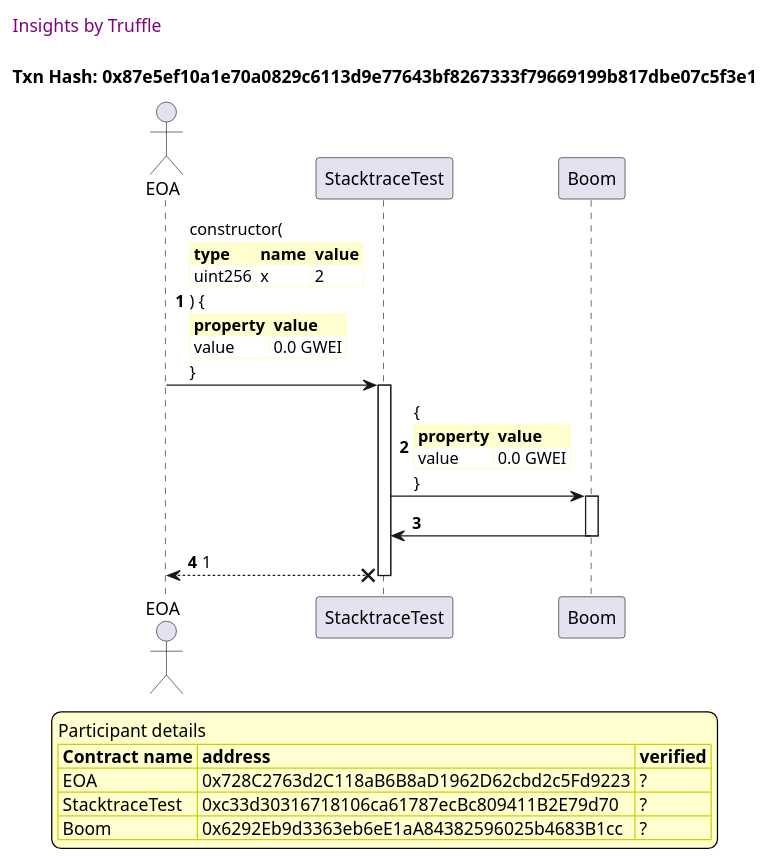
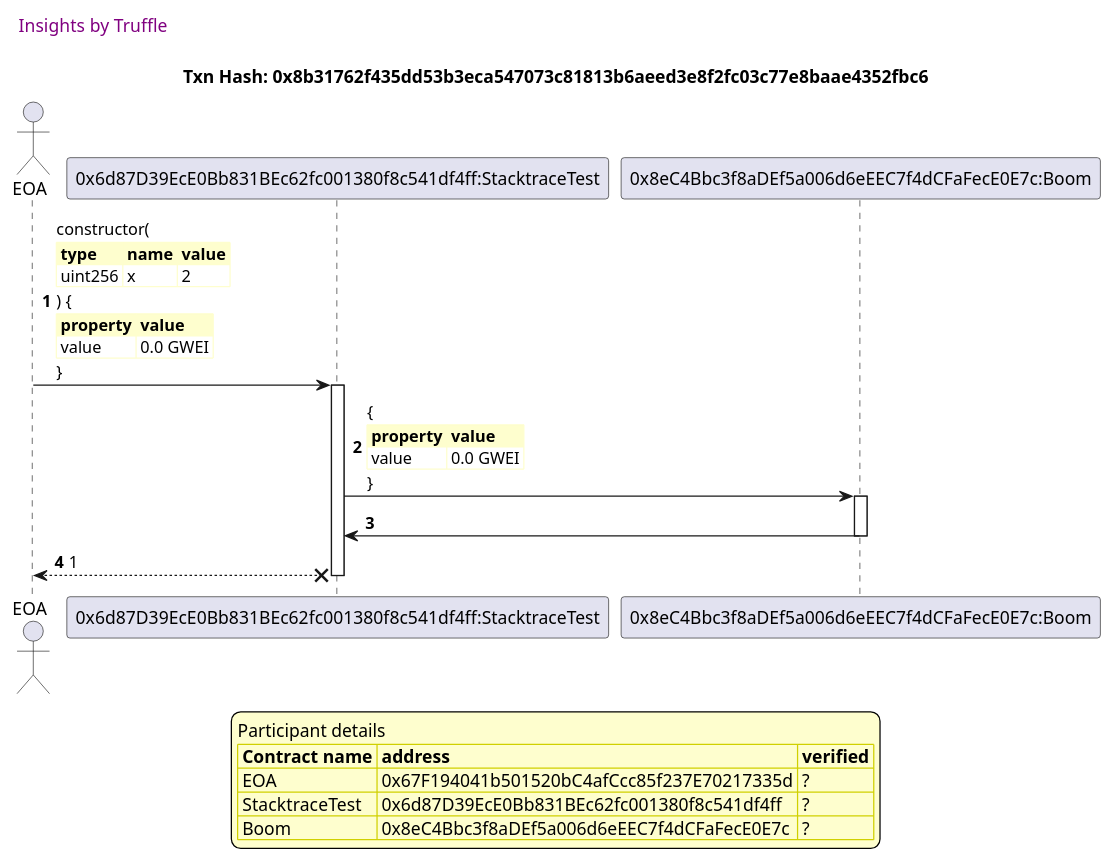
The ninth of 11 diagrams in truffle-seq/stacktrace.test.md (trufflesuite/txlog-seedlings), drawn with PlantUML before and after one commit. The commit also changed other lines of this file and 3 other files, not shown here.

````diff
--- a/truffle-seq/stacktrace.test.md
+++ b/truffle-seq/stacktrace.test.md
@@ -644,59 +644,59 @@
 ```plantuml
 
 
 @startuml
 
 autonumber
 skinparam legendBackgroundColor #FEFECE
 
 <style>
       header {
         HorizontalAlignment left
         FontColor purple
         FontSize 14
         Padding 10
       }
     </style>
 
 header Insights by Truffle
 
-title Txn Hash: 0x87e5ef10a1e70a0829c6113d9e77643bf8267333f79669199b817dbe07c5f3e1
+title Txn Hash: 0x8b31762f435dd53b3eca547073c81813b6aeed3e8f2fc03c77e8baae4352fbc6
 
 
 actor EOA as "EOA"
 
-participant StacktraceTest as "StacktraceTest"
+participant StacktraceTest as "0x6d87D39EcE0Bb831BEc62fc001380f8c541df4ff:StacktraceTest"
 
-participant Boom as "Boom"
+participant Boom as "0x8eC4Bbc3f8aDEf5a006d6eEEC7f4dCFaFecE0E7c:Boom"
 
 "EOA" -> "StacktraceTest" ++: constructor(\n\
 <#FEFECE,#FEFECE>|= type |= name |= value |\n\
 | uint256 | x | 2 |\n\
 ) {\n\
 <#FEFECE,#FEFECE>|= property |= value|\n\
 | value | 0.0 GWEI |\n\
 }
 
 "StacktraceTest" -> "Boom" ++: {\n\
 <#FEFECE,#FEFECE>|= property |= value|\n\
 | value | 0.0 GWEI |\n\
 }
 
 "Boom" -> "StacktraceTest" --: 
 
 "StacktraceTest" x--> "EOA" : 1
 
 deactivate "StacktraceTest"
 
 
 legend
 Participant details
 <#FEFECE,#D0D000>|= Contract name |= address |= verified |
-<#FEFECE>| EOA | 0x728C2763d2C118aB6B8aD1962D62cbd2c5Fd9223 | ? |
-<#FEFECE>| StacktraceTest | 0xc33d30316718106ca61787ecBc809411B2E79d70 | ? |
-<#FEFECE>| Boom | 0x6292Eb9d3363eb6eE1aA84382596025b4683B1cc | ? |
+<#FEFECE>| EOA | 0x67F194041b501520bC4afCcc85f237E70217335d | ? |
+<#FEFECE>| StacktraceTest | 0x6d87D39EcE0Bb831BEc62fc001380f8c541df4ff | ? |
+<#FEFECE>| Boom | 0x8eC4Bbc3f8aDEf5a006d6eEEC7f4dCFaFecE0E7c | ? |
 endlegend
 
 
 @enduml
 ```
````
